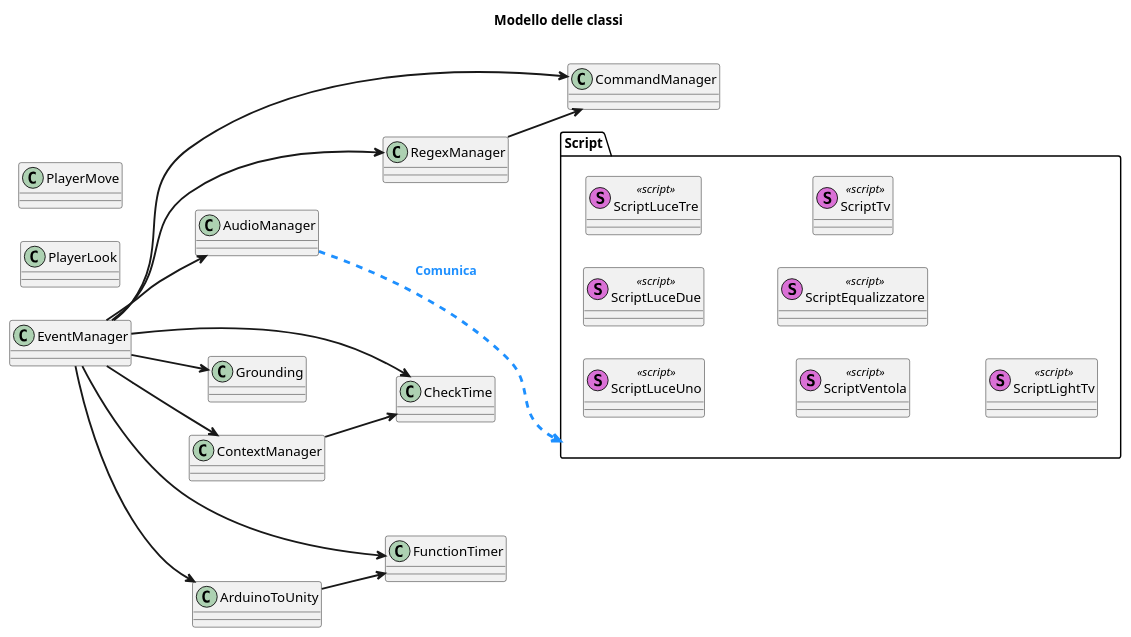
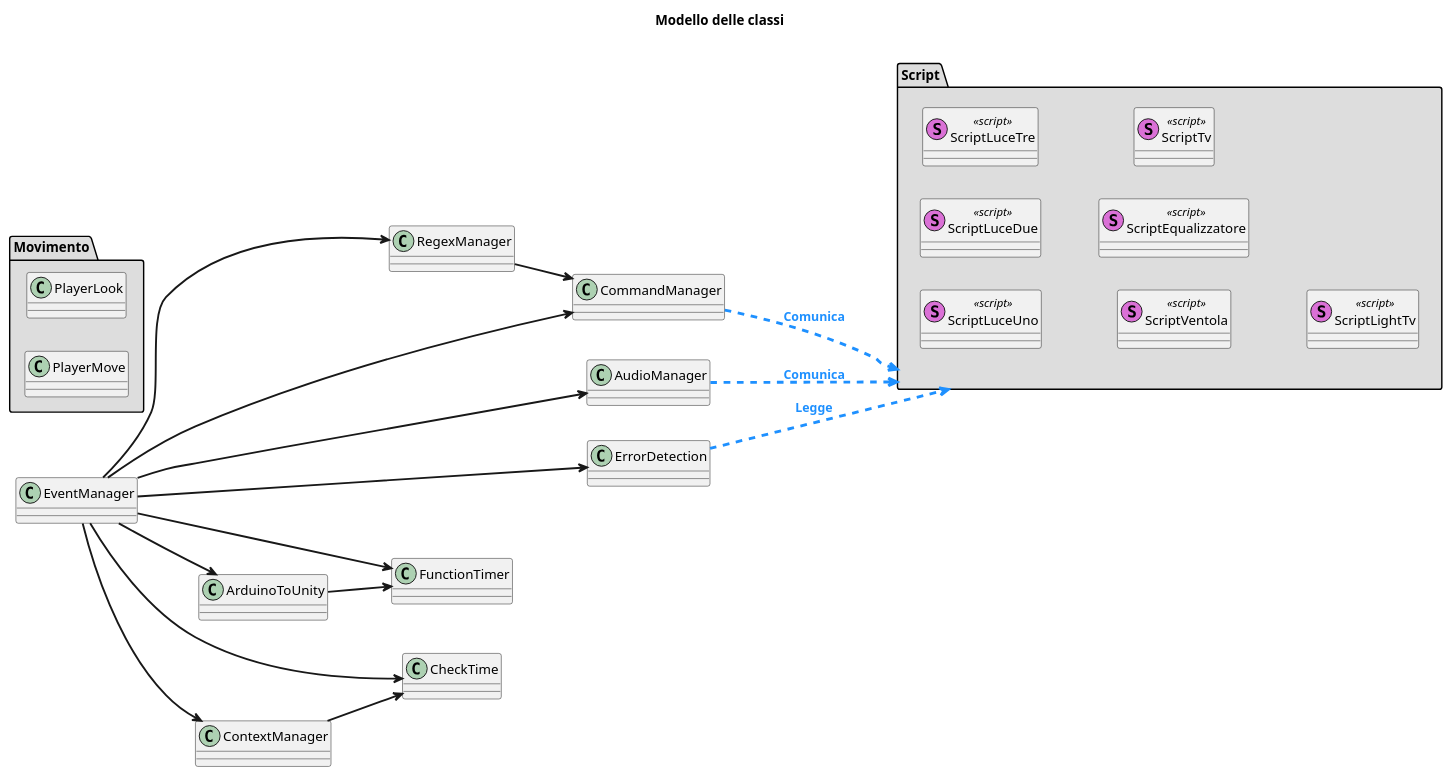
Before and after one commit to Andribi/AmbrogioDiagrams: the diagram in ModelloClassi.puml, drawn with PlantUML. The commit also changed 1 other file, not shown here.

Commit message:
correzione grounding -> errordetection

```diff
--- a/ModelloClassi.puml
+++ b/ModelloClassi.puml
@@ -1,41 +1,51 @@
 @startuml
+
 Title Modello delle classi\n
+
 left to right direction
 
 class "EventManager" as em
 class "RegexManager" as rm
 class "CommandManager" as cmdm
 class "AudioManager" as am
 
 class "ArduinoToUnity" as atu
-class "Grounding" as g
+class "ErrorDetection" as g
 class "ContextManager" as cxm
 
 class "CheckTime" as ct
 class "FunctionTimer" as ft
-class "PlayerLook" as pl
-class "PlayerMove" as pm
 
-Package Script{
-class ScriptLuceUno <<(S, orchid) script>>
-class ScriptLuceDue <<(S, orchid) script>>
-class ScriptLuceTre <<(S, orchid) script>>
-class ScriptVentola <<(S, orchid) script>>
-class ScriptEqualizzatore <<(S, orchid) script>>
-class ScriptTv <<(S, orchid) script>>
-class ScriptLightTv <<(S, orchid) script>>
+Package "Movimento" #DDD {
+
+    class "PlayerLook" as pl
+    class "PlayerMove" as pm
+}
+
+Package Script #DDD {
+
+    class ScriptLuceUno <<(S, orchid) script>>
+    class ScriptLuceDue <<(S, orchid) script>>
+    class ScriptLuceTre <<(S, orchid) script>>
+    class ScriptVentola <<(S, orchid) script>>
+    class ScriptEqualizzatore <<(S, orchid) script>>
+    class ScriptTv <<(S, orchid) script>>
+    class ScriptLightTv <<(S, orchid) script>>
 }
 
 em ---[thickness=2]> rm
 em --[thickness=2]> cxm
 em --[thickness=2]> g
 em --[thickness=2]> atu
 em --[thickness=2]> ct
 em ---[thickness=2]> ft
 em --[thickness=2]> cmdm
 em --[thickness=2]> am
 atu --[thickness=2]> ft
 cxm --[thickness=2]> ct
 rm --[thickness=2]> cmdm
 am ..[dashed,thickness=3].> Script #line:DodgerBlue;text:DodgerBlue :**Comunica**
+g ..[dashed,thickness=3].> Script #line:DodgerBlue;text:DodgerBlue :**Legge**
+cmdm ..[dashed,thickness=3].> Script #line:DodgerBlue;text:DodgerBlue :**Comunica**
+
 @enduml
```
